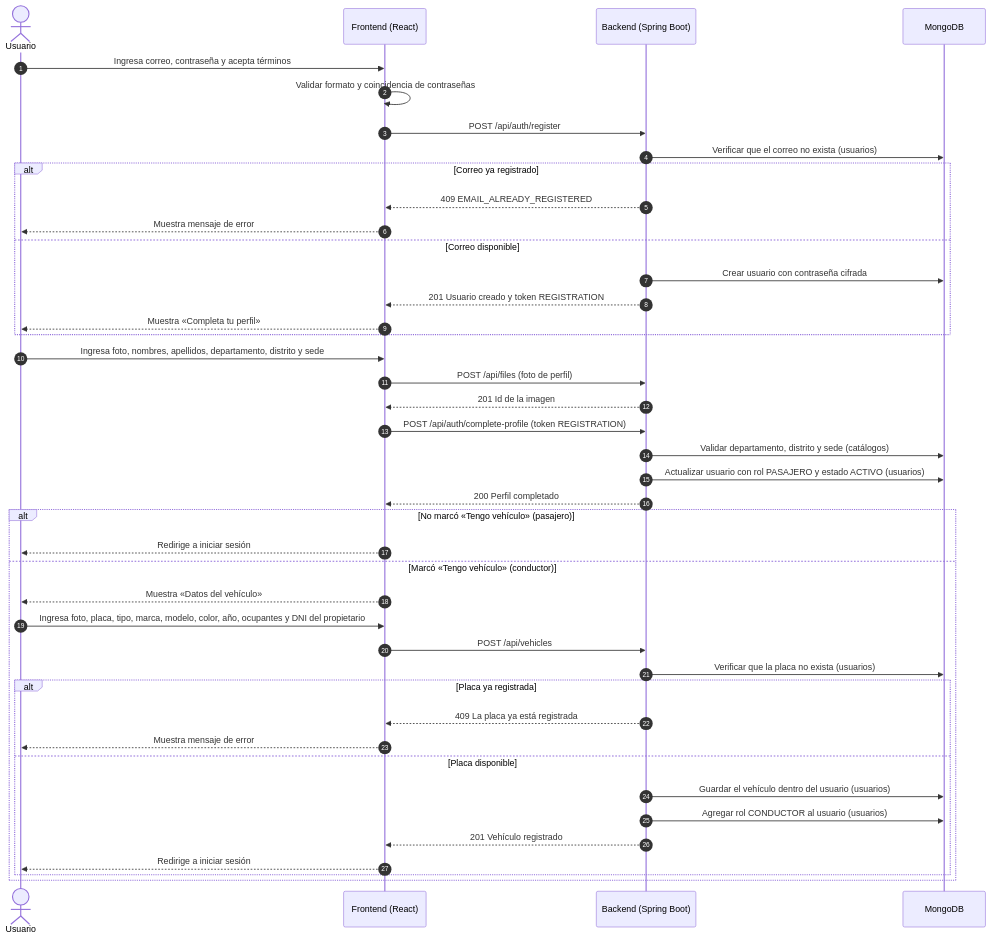
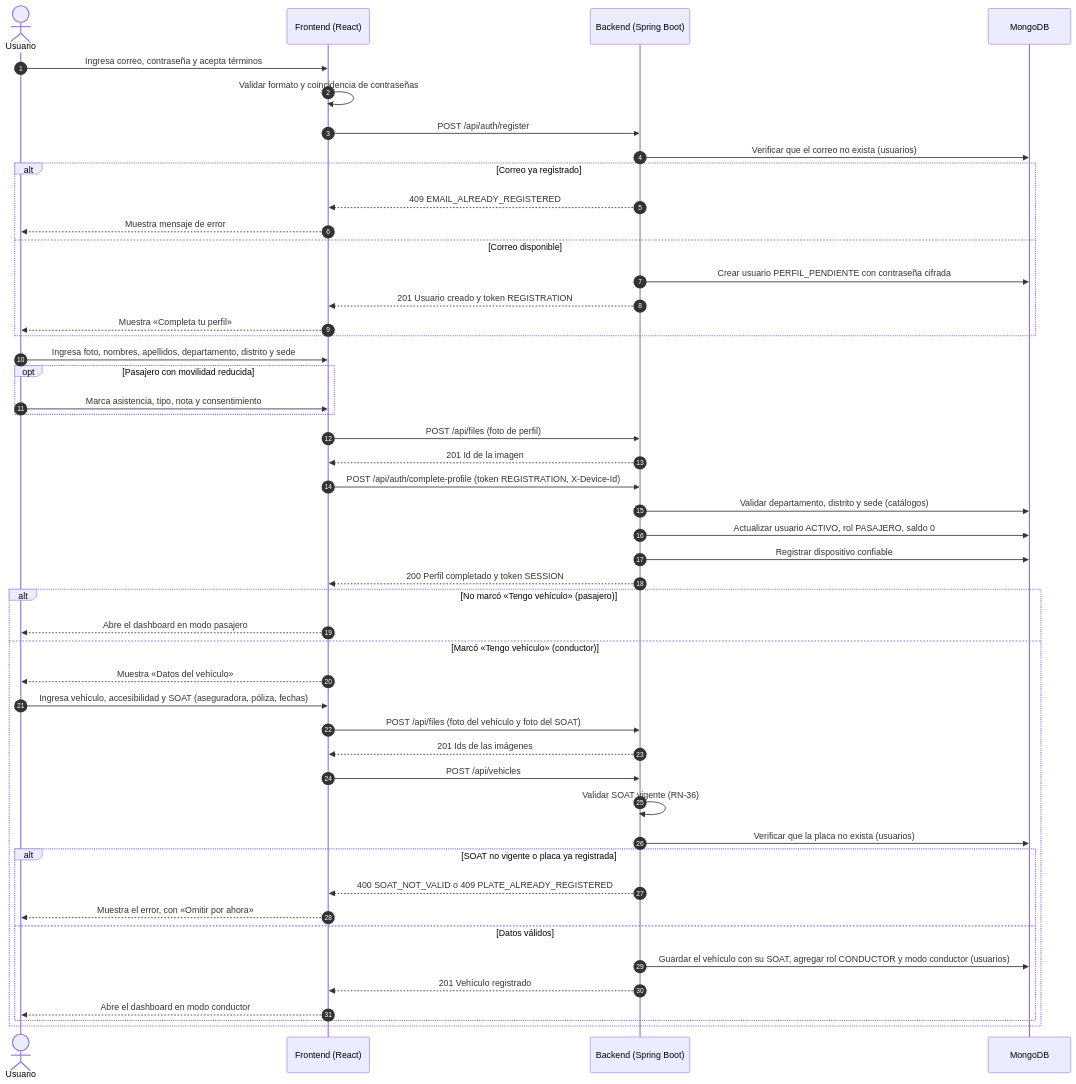
One commit to manuelguarniz/mono-movilidad-colaborativa changed the seventh of 13 diagrams in README.md. Above: the diagram before and after it, drawn with Mermaid. The commit also changed other lines of this file and 54 other files, not shown here.

````diff
--- a/README.md
+++ b/README.md
@@ -571,47 +1016,53 @@
 ```mermaid
 sequenceDiagram
     autonumber
     actor U as Usuario
     participant FE as Frontend (React)
     participant API as Backend (Spring Boot)
     participant DB as MongoDB
 
     U->>FE: Ingresa correo, contraseña y acepta términos
     FE->>FE: Validar formato y coincidencia de contraseñas
     FE->>API: POST /api/auth/register
     API->>DB: Verificar que el correo no exista (usuarios)
     alt Correo ya registrado
         API-->>FE: 409 EMAIL_ALREADY_REGISTERED
         FE-->>U: Muestra mensaje de error
     else Correo disponible
-        API->>DB: Crear usuario con contraseña cifrada
+        API->>DB: Crear usuario PERFIL_PENDIENTE con contraseña cifrada
         API-->>FE: 201 Usuario creado y token REGISTRATION
         FE-->>U: Muestra «Completa tu perfil»
     end
 
     U->>FE: Ingresa foto, nombres, apellidos, departamento, distrito y sede
+    opt Pasajero con movilidad reducida
+        U->>FE: Marca asistencia, tipo, nota y consentimiento
+    end
     FE->>API: POST /api/files (foto de perfil)
     API-->>FE: 201 Id de la imagen
-    FE->>API: POST /api/auth/complete-profile (token REGISTRATION)
+    FE->>API: POST /api/auth/complete-profile (token REGISTRATION, X-Device-Id)
     API->>DB: Validar departamento, distrito y sede (catálogos)
-    API->>DB: Actualizar usuario con rol PASAJERO y estado ACTIVO (usuarios)
-    API-->>FE: 200 Perfil completado
+    API->>DB: Actualizar usuario ACTIVO, rol PASAJERO, saldo 0
+    API->>DB: Registrar dispositivo confiable
+    API-->>FE: 200 Perfil completado y token SESSION
 
     alt No marcó «Tengo vehículo» (pasajero)
-        FE-->>U: Redirige a iniciar sesión
+        FE-->>U: Abre el dashboard en modo pasajero
     else Marcó «Tengo vehículo» (conductor)
         FE-->>U: Muestra «Datos del vehículo»
-        U->>FE: Ingresa foto, placa, tipo, marca, modelo, color, año, ocupantes y DNI del propietario
+        U->>FE: Ingresa vehículo, accesibilidad y SOAT (aseguradora, póliza, fechas)
+        FE->>API: POST /api/files (foto del vehículo y foto del SOAT)
+        API-->>FE: 201 Ids de las imágenes
         FE->>API: POST /api/vehicles
+        API->>API: Validar SOAT vigente (RN-36)
         API->>DB: Verificar que la placa no exista (usuarios)
-        alt Placa ya registrada
-            API-->>FE: 409 La placa ya está registrada
-            FE-->>U: Muestra mensaje de error
-        else Placa disponible
-            API->>DB: Guardar el vehículo dentro del usuario (usuarios)
-            API->>DB: Agregar rol CONDUCTOR al usuario (usuarios)
+        alt SOAT no vigente o placa ya registrada
+            API-->>FE: 400 SOAT_NOT_VALID o 409 PLATE_ALREADY_REGISTERED
+            FE-->>U: Muestra el error, con «Omitir por ahora»
+        else Datos válidos
+            API->>DB: Guardar el vehículo con su SOAT, agregar rol CONDUCTOR y modo conductor (usuarios)
             API-->>FE: 201 Vehículo registrado
-            FE-->>U: Redirige a iniciar sesión
+            FE-->>U: Abre el dashboard en modo conductor
         end
     end
 ```
````
